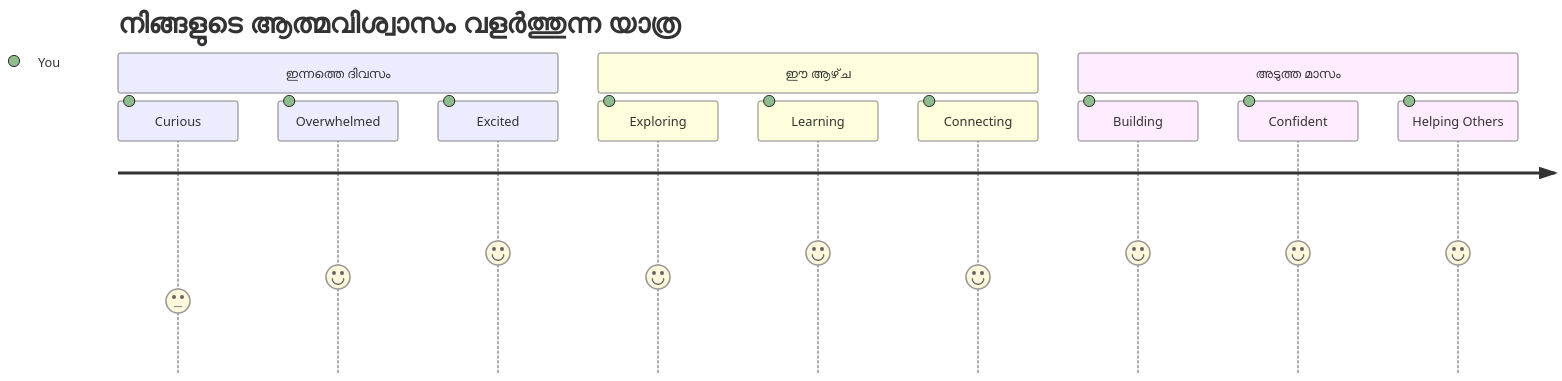
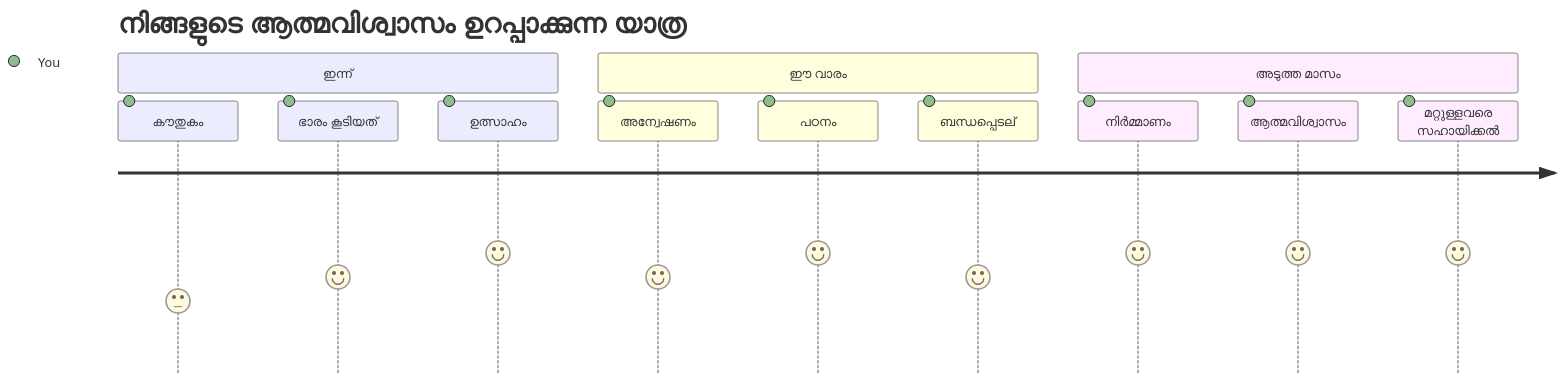
One commit to microsoft/Web-Dev-For-Beginners changed the seventh of 7 diagrams in translations/ml/1-getting-started-lessons/1-intro-to-programming-languages/README.md. Above: the diagram before and after it, drawn with Mermaid. The commit also changed other lines of this file and 8 other files, not shown here.

````diff
--- a/translations/ml/1-getting-started-lessons/1-intro-to-programming-languages/README.md
+++ b/translations/ml/1-getting-started-lessons/1-intro-to-programming-languages/README.md
@@ -831,16 +829,16 @@
 ```mermaid
 journey
-    title നിങ്ങളുടെ ആത്മവിശ്വാസം വളര്‍ത്തുന്ന യാത്ര
-    section ഇന്നത്തെ ദിവസം
-      Curious: 3: You
-      Overwhelmed: 4: You
-      Excited: 5: You
-    section ഈ ആഴ്‌ച
-      Exploring: 4: You
-      Learning: 5: You
-      Connecting: 4: You
+    title നിങ്ങളുടെ ആത്മവിശ്വാസം ഉറപ്പാക്കുന്ന യാത്ര
+    section ഇന്ന്
+      കൗതുകം: 3: You
+      ഭാരം കൂടിയത്: 4: You
+      ഉത്സാഹം: 5: You
+    section ഈ വാരം
+      അന്വേഷണം: 4: You
+      പഠനം: 5: You
+      ബന്ധപ്പെടല്: 4: You
     section അടുത്ത മാസം
-      Building: 5: You
-      Confident: 5: You
-      Helping Others: 5: You
+      നിർമ്മാണം: 5: You
+      ആത്മവിശ്വാസം: 5: You
+      മറ്റുള്ളവരെ സഹായിക്കൽ: 5: You
 ```
````
